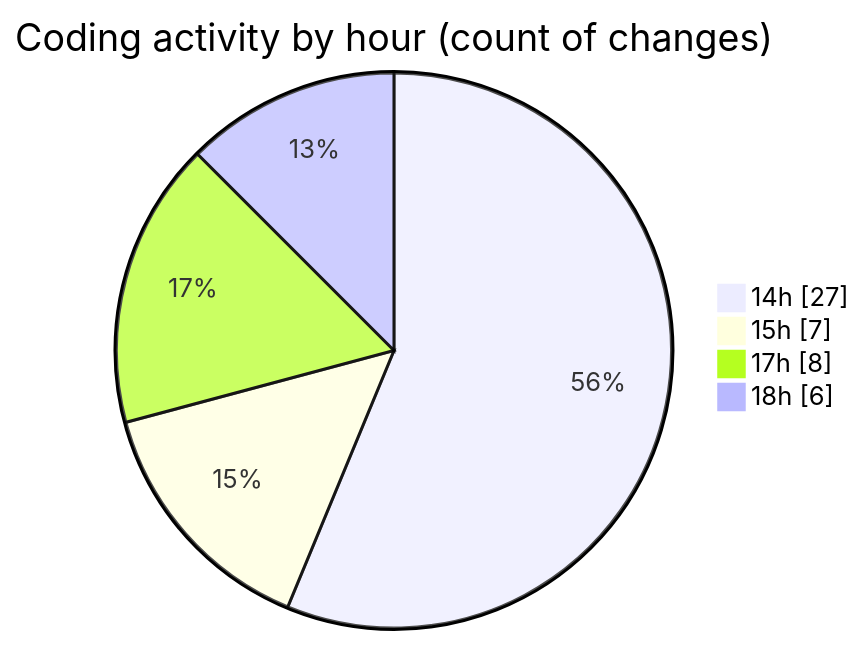
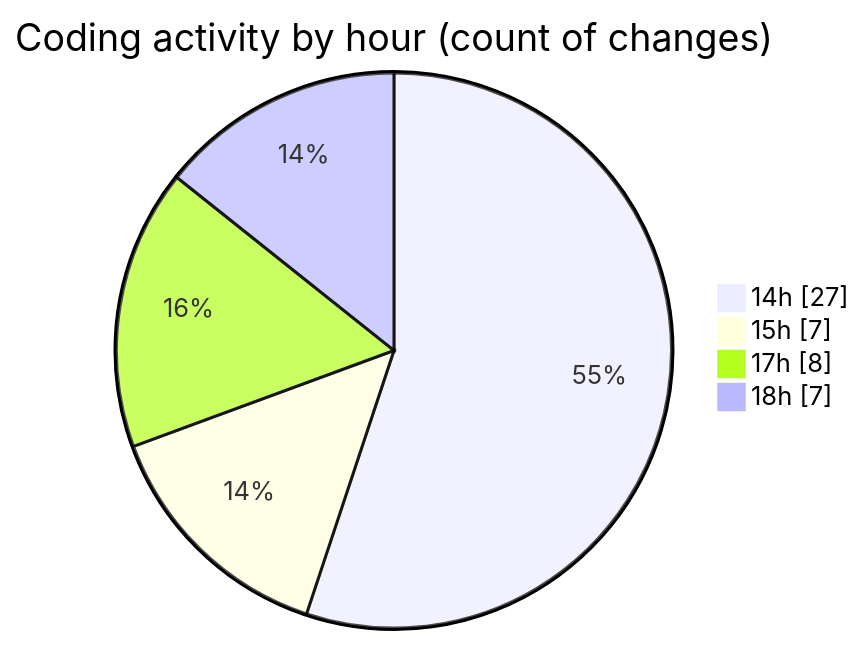
Before and after one commit to momahboobian/code-tracking: the second of 2 diagrams in 2026-03-23/cda/README.md, drawn with Mermaid. The commit also changed other lines of this file and 1 other file, not shown here.

````diff
--- a/2026-03-23/cda/README.md
+++ b/2026-03-23/cda/README.md
@@ -41,8 +41,8 @@
 ```mermaid
 pie showData
 title Coding activity by hour (count of changes)
 "14h" : 27
 "15h" : 7
 "17h" : 8
-"18h" : 6
+"18h" : 7
 ```
````
